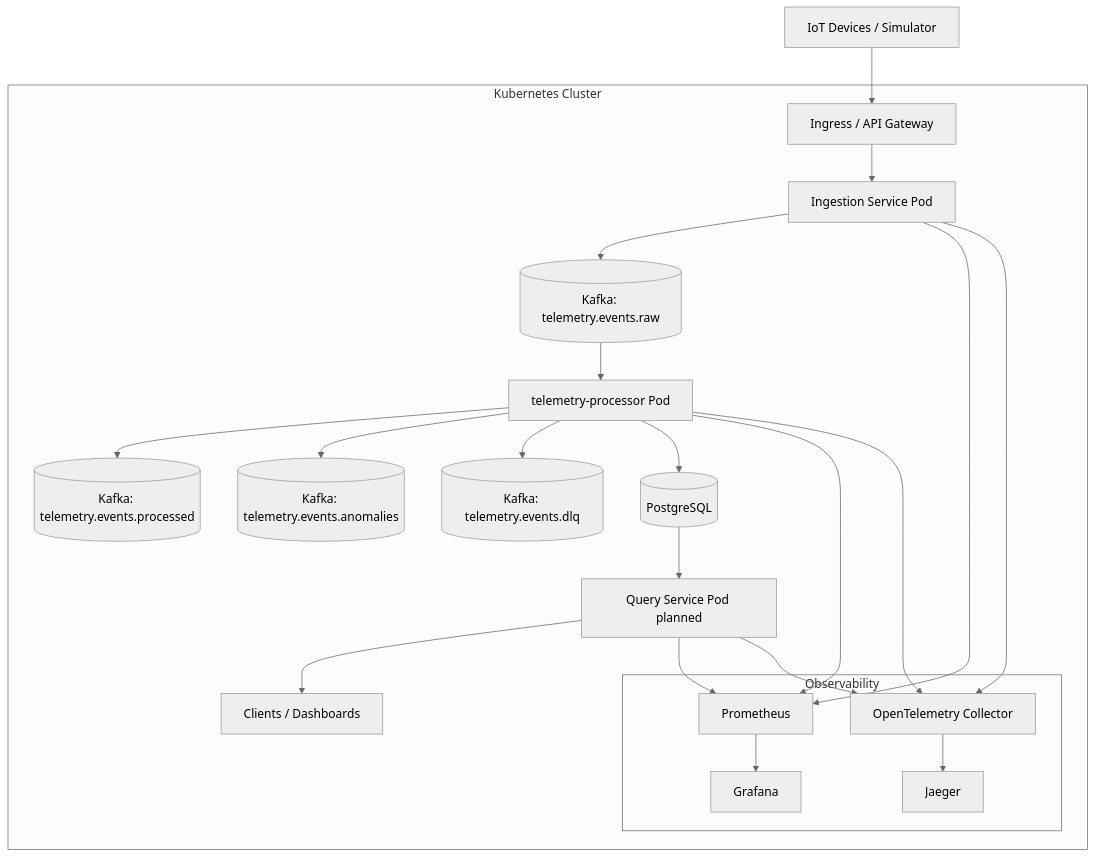
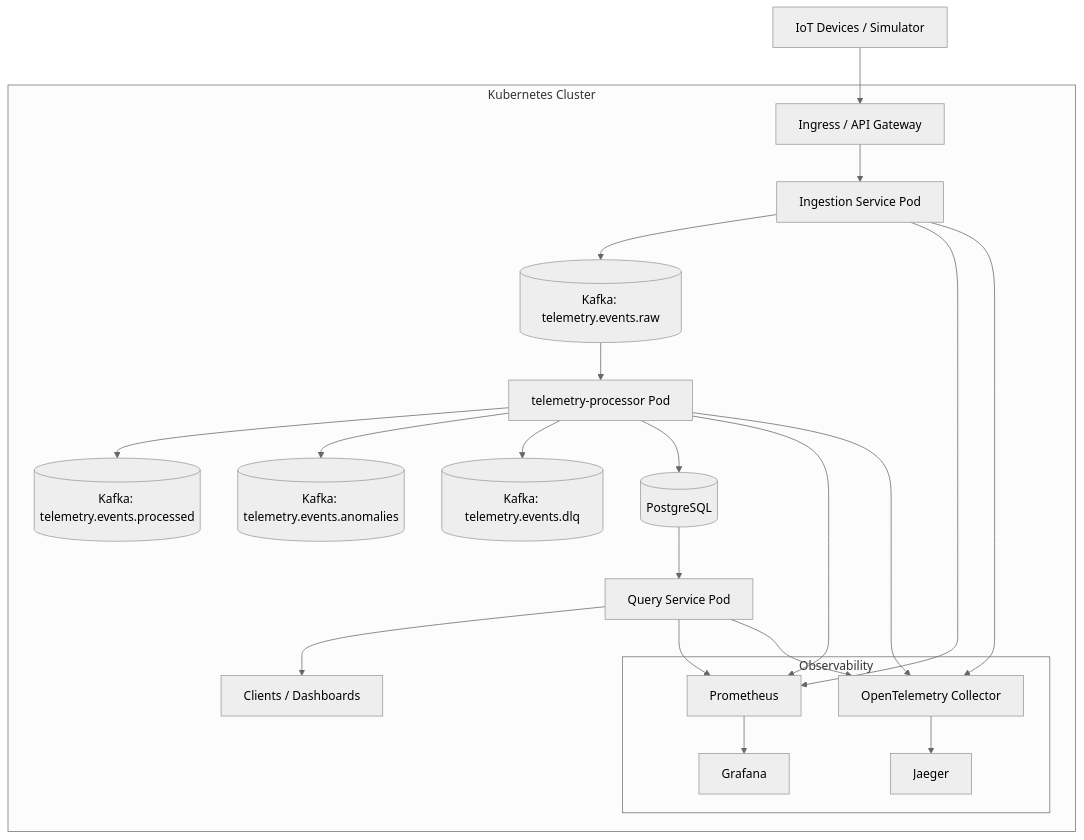
The diagram in docs/diagrams/kubernetes-deployment.md (ME-Massine/pulsestream), drawn with Mermaid (neutral theme) before and after one commit. The commit also changed other lines of this file, not shown here.

First line of the commit message:
docs(diagrams): correct Prometheus and query-service deployment status

````diff
--- a/docs/diagrams/kubernetes-deployment.md
+++ b/docs/diagrams/kubernetes-deployment.md
@@ -5,37 +5,37 @@
 ```mermaid
 flowchart TB
     U[IoT Devices / Simulator] --> I[Ingress / API Gateway]
 
     subgraph Kubernetes Cluster
         I --> S1[Ingestion Service Pod]
         S1 --> K1[(Kafka: telemetry.events.raw)]
 
         K1 --> S2[telemetry-processor Pod]
         S2 --> K2[(Kafka: telemetry.events.processed)]
         S2 --> K3[(Kafka: telemetry.events.anomalies)]
         S2 --> K4[(Kafka: telemetry.events.dlq)]
 
         S2 --> DB[(PostgreSQL)]
 
-        DB --> S3[Query Service Pod planned]
+        DB --> S3[Query Service Pod]
         S3 --> C[Clients / Dashboards]
 
         subgraph Observability
             P[Prometheus]
             G[Grafana]
             O[OpenTelemetry Collector]
             J[Jaeger]
         end
 
         S1 --> P
         S2 --> P
         S3 --> P
 
         S1 --> O
         S2 --> O
         S3 --> O
 
         P --> G
         O --> J
     end
 ```
````
